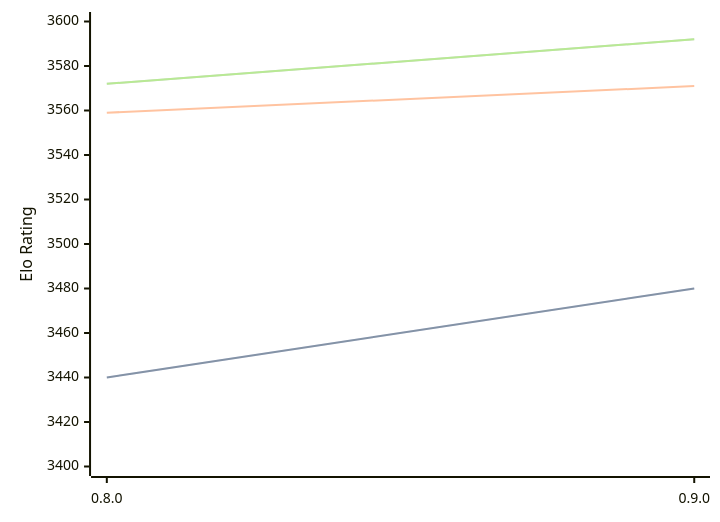
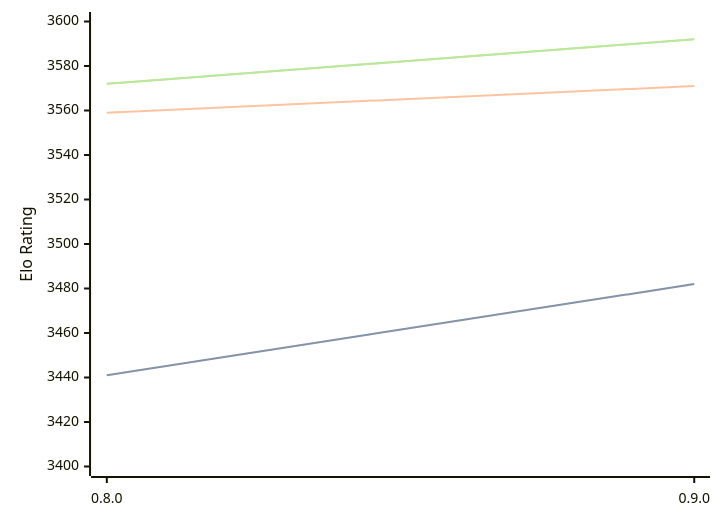
Before and after one commit to computer-chess-index/cci: the diagram in engines/Reckless.md, drawn with Mermaid. The commit also changed other lines of this file, not shown here.

````diff
--- a/engines/Reckless.md
+++ b/engines/Reckless.md
@@ -32,11 +32,11 @@
 ```mermaid
 %%{init: {"theme":"base","themeVariables":{"seriesColors:['#a3a3a3','#222221','#faa371']}}}%%
 xychart-beta
   x-axis ["0.8.0", "0.9.0"]
   y-axis "Elo Rating" 3400 --> 3600
-  line "STC (8.0+0.08s)" [3440, 3480]
-  line "STC (8.0+0.08s)" [3440, 3480]
+  line "STC (8.0+0.08s)" [3441, 3482]
+  line "STC (8.0+0.08s)" [3441, 3482]
   line "LTC (60.0+0.60s)" [3559, 3571]
   line "VLTC (2m24s+1.12s)" [3572, 3592]
   line "VLTC (2m24s+1.12s)" [3572, 3592]
 ```
````
